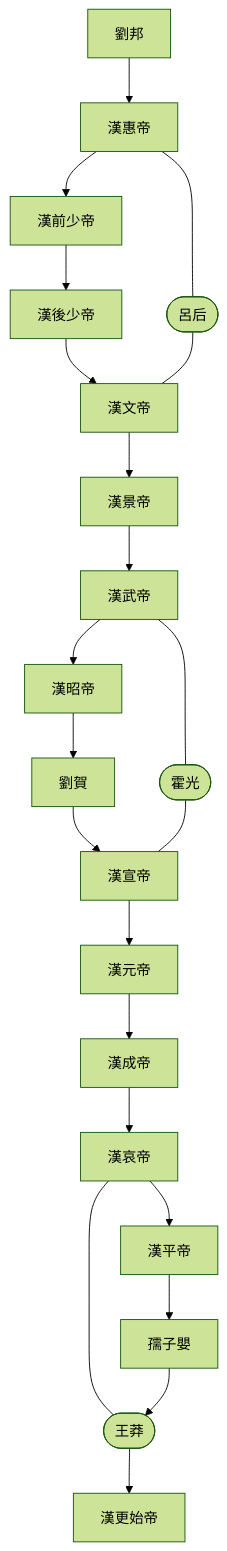
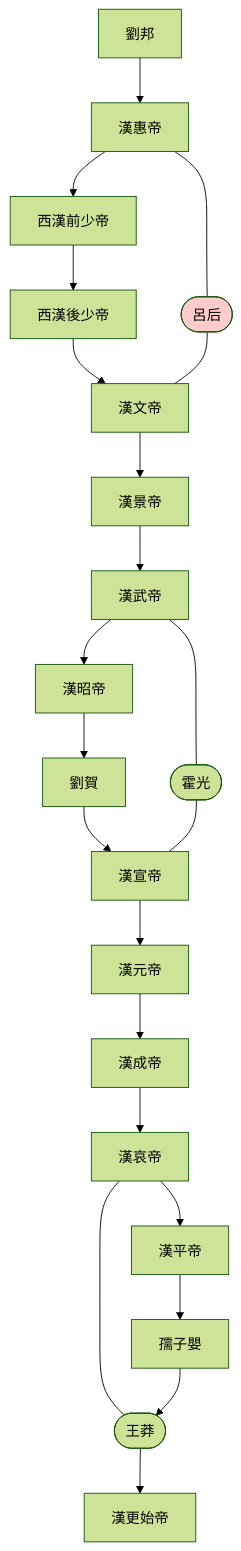
The first of 2 diagrams in 2_世系圖表/2.1_中國/西漢世系圖.md (gamefang/zizhitongjian), drawn with Mermaid (forest theme) before and after one commit. The commit also changed other lines of this file and 4 other files, not shown here.

Commit message:
更新東漢世系圖表

````diff
--- a/2_世系圖表/2.1_中國/西漢世系圖.md
+++ b/2_世系圖表/2.1_中國/西漢世系圖.md
@@ -14,26 +14,28 @@
 ```mermaid
 graph TB
 
 劉邦-->漢惠帝
-漢惠帝-->漢前少帝
+漢惠帝-->西漢前少帝
 漢惠帝---呂后([呂后])
-漢前少帝-->漢後少帝
-漢後少帝-->漢文帝
+西漢前少帝-->西漢後少帝
+西漢後少帝-->漢文帝
 呂后([呂后])---漢文帝
 漢文帝-->漢景帝
 漢景帝-->漢武帝
 漢武帝---霍光([霍光])
 漢武帝-->漢昭帝
 漢昭帝-->劉賀
 劉賀-->漢宣帝
 霍光([霍光])---漢宣帝
 漢宣帝-->漢元帝
 漢元帝-->漢成帝
 漢成帝-->漢哀帝
 漢哀帝---王莽([王莽])
 漢哀帝-->漢平帝
 漢平帝-->孺子嬰
 孺子嬰-->王莽([王莽])
 王莽([王莽])-->漢更始帝
 
+classDef female fill:#ffcccc
+class 呂后 female
 ```
````
